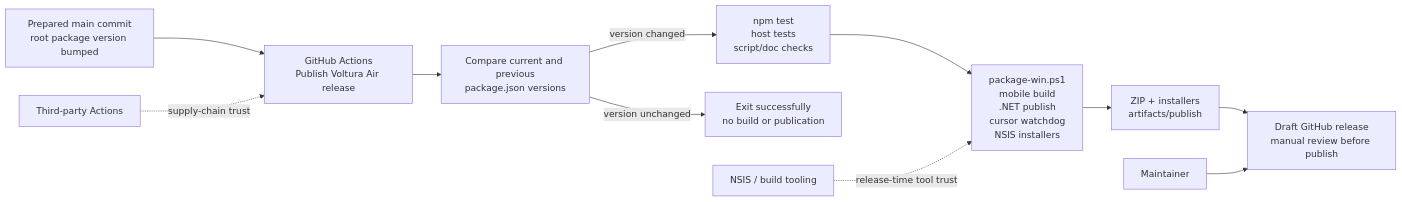
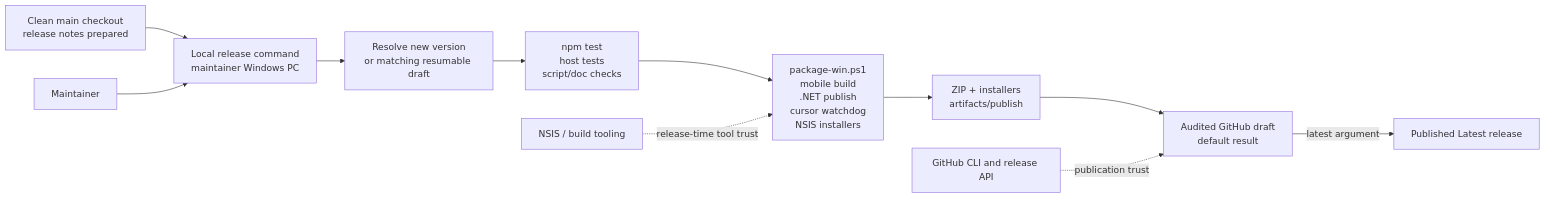
Before and after one commit to voltura/voltura-air: the fourth of 4 diagrams in docs/security-architecture-diagrams.md, drawn with Mermaid. The commit also changed other lines of this file and 15 other files, not shown here.

````diff
--- a/docs/security-architecture-diagrams.md
+++ b/docs/security-architecture-diagrams.md
@@ -87,14 +87,14 @@
 ```mermaid
 flowchart LR
-  Source["Prepared main commit\nroot package version bumped"] --> Workflow["GitHub Actions\nPublish Voltura Air release"]
-  Workflow --> Guard["Compare current and previous\npackage.json versions"]
-  Guard -->|"version changed"| Test["npm test\nhost tests\nscript/doc checks"]
-  Guard -->|"version unchanged"| Skip["Exit successfully\nno build or publication"]
+  Source["Clean main checkout\nrelease notes prepared"] --> Local["Local release command\nmaintainer Windows PC"]
+  Local --> Guard["Resolve new version\nor matching resumable draft"]
+  Guard --> Test["npm test\nhost tests\nscript/doc checks"]
   Test --> Package["package-win.ps1\nmobile build\n.NET publish\ncursor watchdog\nNSIS installers"]
   Package --> Artifacts["ZIP + installers\nartifacts/publish"]
-  Artifacts --> Draft["Draft GitHub release\nmanual review before publish"]
+  Artifacts --> Draft["Audited GitHub draft\ndefault result"]
+  Draft -->|"latest argument"| Public["Published Latest release"]
 
-  Actions["Third-party Actions"] -. "supply-chain trust" .-> Workflow
+  GitHub["GitHub CLI and release API"] -. "publication trust" .-> Draft
   Tooling["NSIS / build tooling"] -. "release-time tool trust" .-> Package
-  Reviewer["Maintainer"] --> Draft
+  Maintainer["Maintainer"] --> Local
 ```
````
